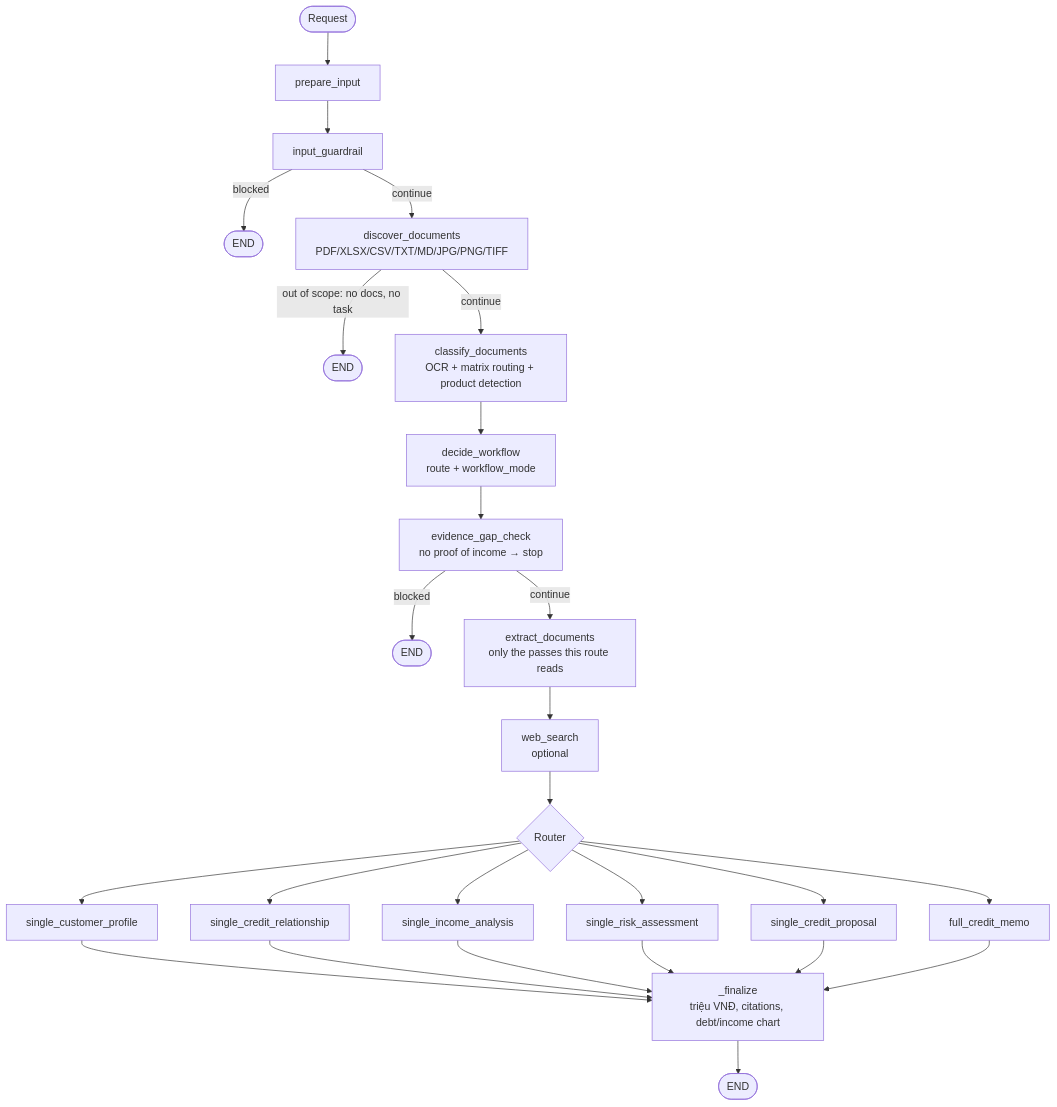
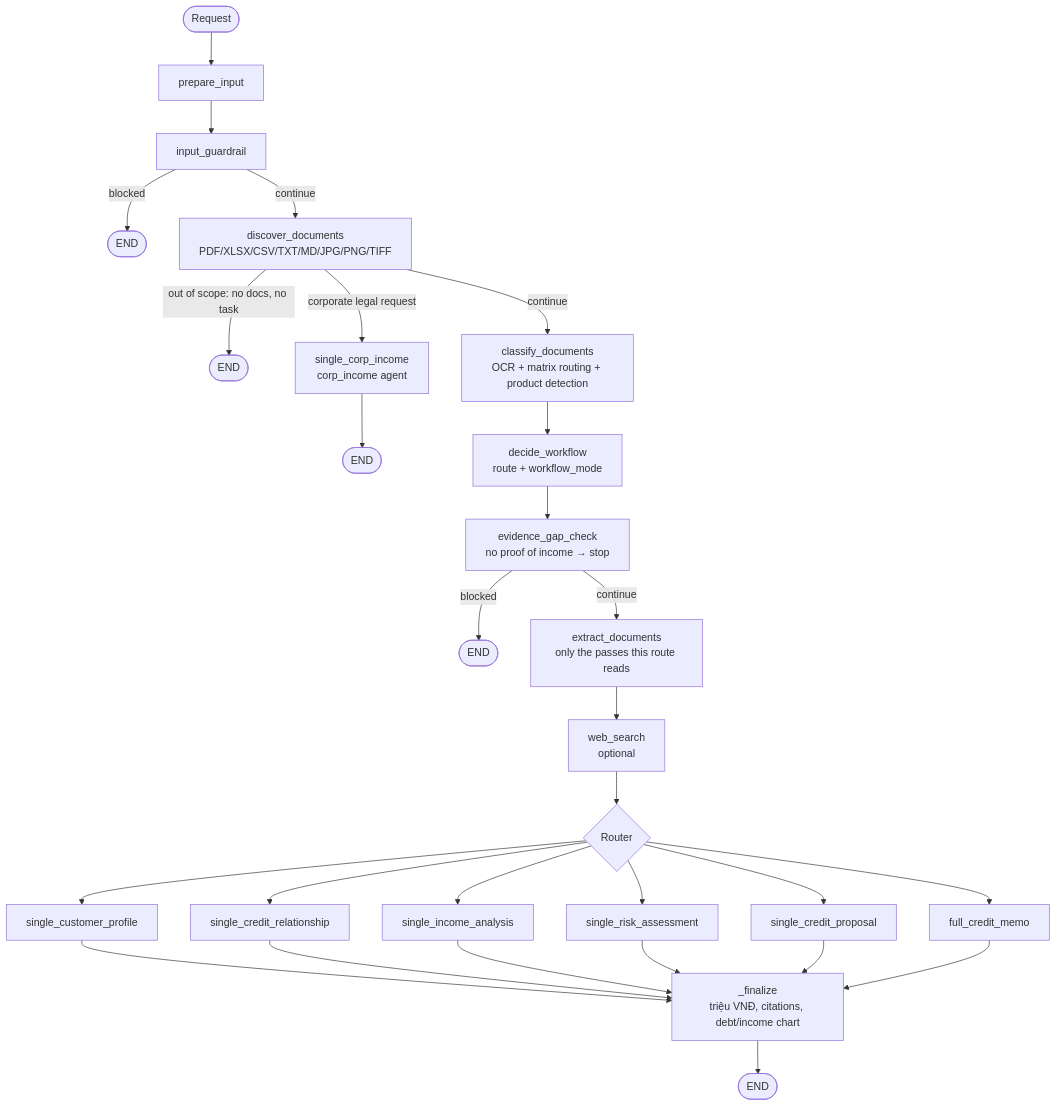
One commit to THAOMYLTR/Retail-creditmemo-multi-agent changed the diagram in README.md. Above: the diagram before and after it, drawn with Mermaid. The commit also changed other lines of this file and 5 other files, not shown here.

First line of the commit message:
Wire corp_income into the supervisor as its own route

````diff
--- a/README.md
+++ b/README.md
@@ -93,23 +93,24 @@
 ```mermaid
 flowchart TD
     START([Request]) --> A[prepare_input]
     A --> B[input_guardrail]
     B -->|blocked| E1([END])
     B -->|continue| C[discover_documents<br/>PDF/XLSX/CSV/TXT/MD/JPG/PNG/TIFF]
     C -->|out of scope: no docs, no task| E3([END])
+    C -->|corporate legal request| K[single_corp_income<br/>corp_income agent] --> E4([END])
     C -->|continue| D[classify_documents<br/>OCR + matrix routing + product detection]
     D --> F[decide_workflow<br/>route + workflow_mode]
     F --> G[evidence_gap_check<br/>no proof of income → stop]
     G -->|blocked| E2([END])
     G -->|continue| X[extract_documents<br/>only the passes this route reads]
     X --> H[web_search<br/>optional]
     H --> R{Router}
     R --> W1[single_customer_profile]
     R --> W2[single_credit_relationship]
     R --> W3[single_income_analysis]
     R --> W4[single_risk_assessment]
     R --> W5[single_credit_proposal]
     R --> W6[full_credit_memo]
     W1 & W2 & W3 & W4 & W5 & W6 --> FIN[_finalize<br/>triệu VNĐ, citations, debt/income chart]
     FIN --> ENDN([END])
 ```
````
